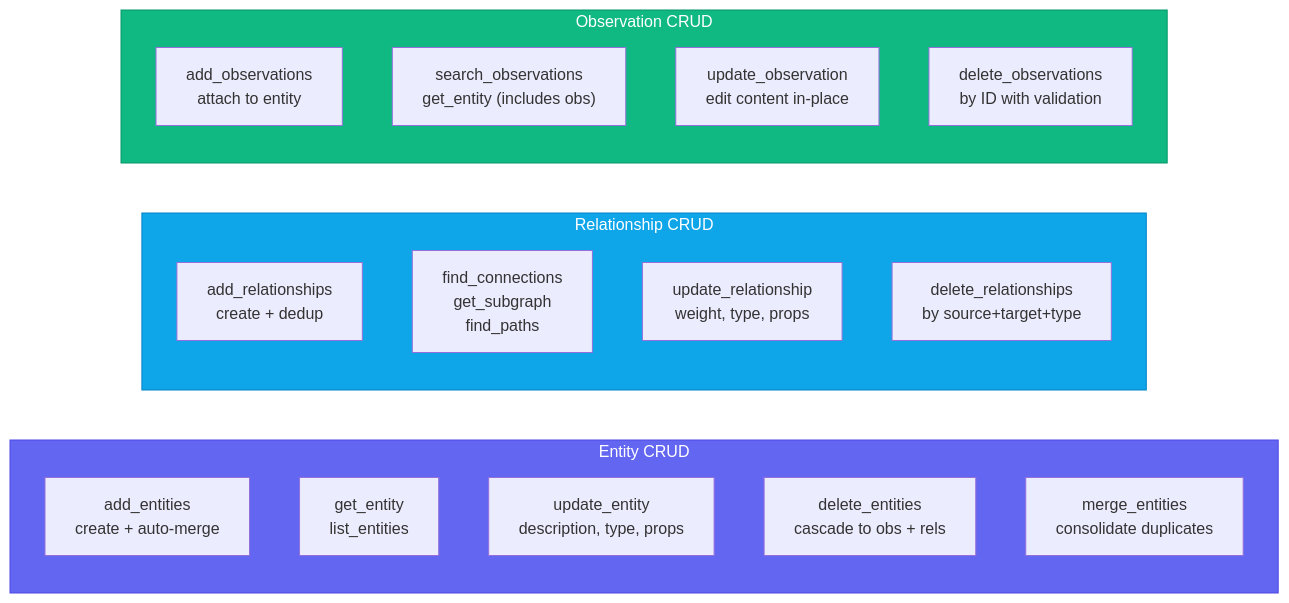
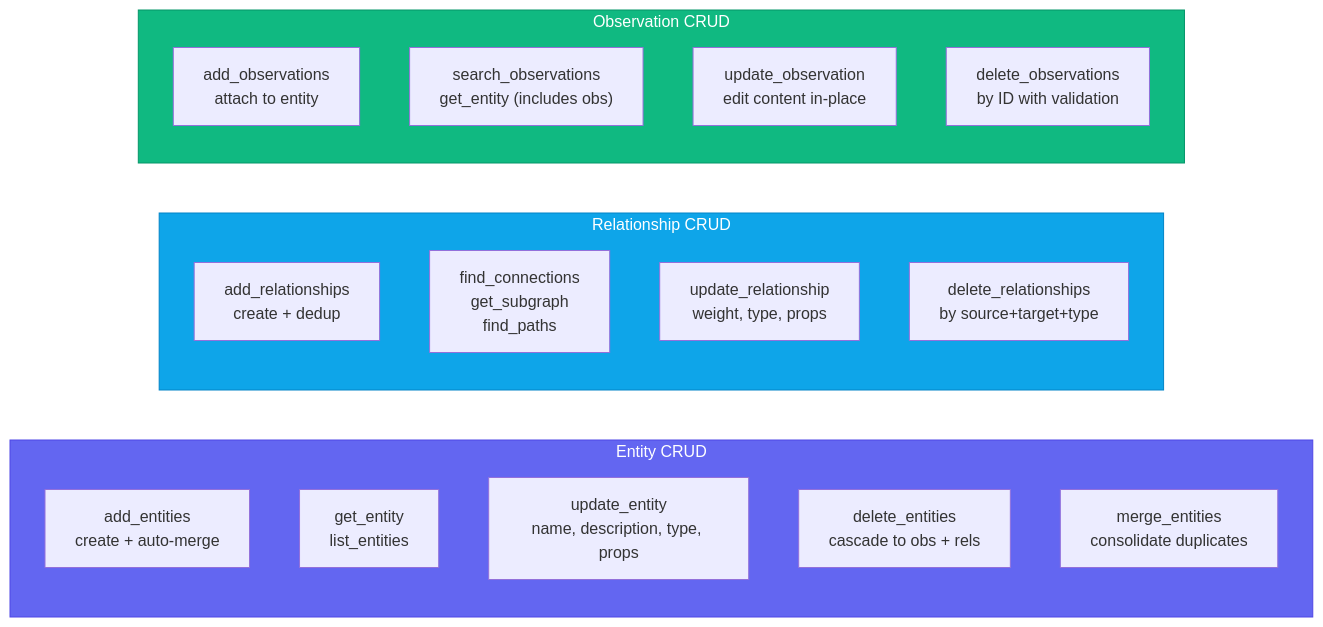
The second of 10 diagrams in how-it-works.md (Sathvik-1007/graphrag-mcp), drawn with Mermaid before and after one commit. The commit also changed other lines of this file and 12 other files, not shown here.

````diff
--- a/how-it-works.md
+++ b/how-it-works.md
@@ -64,28 +64,28 @@
 ```mermaid
 graph LR
     subgraph Entities["Entity CRUD"]
         E_C["add_entities<br/>create + auto-merge"]
         E_R["get_entity<br/>list_entities"]
-        E_U["update_entity<br/>description, type, props"]
+        E_U["update_entity<br/>name, description, type, props"]
         E_D["delete_entities<br/>cascade to obs + rels"]
         E_M["merge_entities<br/>consolidate duplicates"]
     end
 
     subgraph Relationships["Relationship CRUD"]
         R_C["add_relationships<br/>create + dedup"]
         R_R["find_connections<br/>get_subgraph<br/>find_paths"]
         R_U["update_relationship<br/>weight, type, props"]
         R_D["delete_relationships<br/>by source+target+type"]
     end
 
     subgraph Observations["Observation CRUD"]
         O_C["add_observations<br/>attach to entity"]
         O_R["search_observations<br/>get_entity (includes obs)"]
         O_U["update_observation<br/>edit content in-place"]
         O_D["delete_observations<br/>by ID with validation"]
     end
 
     style Entities fill:#6366f1,stroke:#4f46e5,color:#fff
     style Relationships fill:#0ea5e9,stroke:#0284c7,color:#fff
     style Observations fill:#10b981,stroke:#059669,color:#fff
 ```
````
